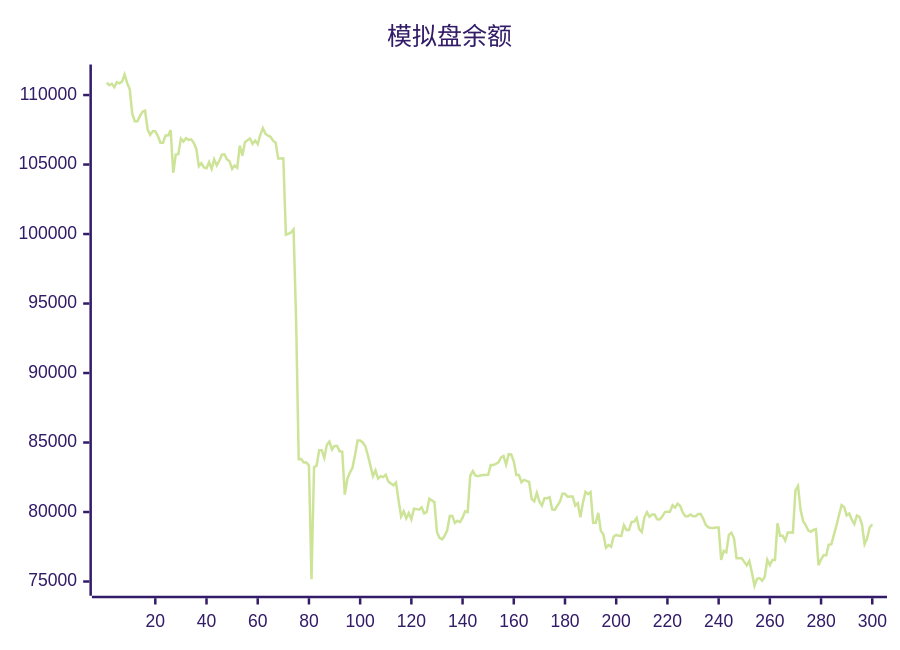
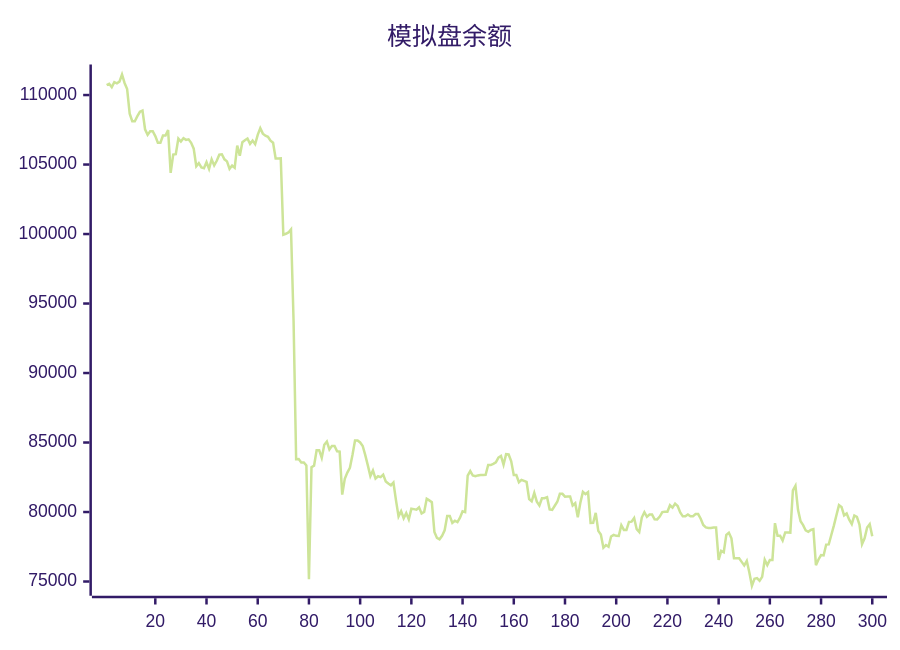
The diagram in README.md (aahl/ai-trading), drawn with Mermaid (forest theme) before and after one commit. The commit also changed other lines of this file and 1 other file, not shown here.

````diff
--- a/README.md
+++ b/README.md
@@ -5,5 +5,5 @@
 ```mermaid
 xychart
     title "模拟盘余额"
-    line [110890,110712,110812,110569,110929,110847,110968,111478,110870,110433,108661,108116,108115,108485,108797,108877,107536,107134,107393,107393,107046,106565,106565,107081,107081,107478,104404,105715,105749,106866,106651,106889,106771,106816,106565,106141,104876,105103,104796,104734,105169,104690,105380,104941,105272,105709,105739,105374,105227,104691,104924,104762,106364,105628,106608,106748,106872,106485,106721,106468,107132,107620,107224,107080,107001,106717,106567,105431,105431,105440,99950,100017,100113,100337,93749,83795,83807,83567,83567,83342,75168,83222,83336,84448,84449,83896,84839,85065,84499,84757,84757,84364,84347,81254,82385,82835,83184,84099,85150,85150,85002,84751,84096,83356,82582,82983,82404,82572,82512,82688,82200,82047,81920,82125,80840,79688,80060,79552,79920,79470,80236,80208,80170,80336,79894,80006,80954,80837,80712,78561,78139,78037,78293,78682,79720,79720,79214,79372,79279,79591,80046,79993,82625,82950,82626,82571,82633,82670,82670,82681,83386,83378,83464,83579,83920,84037,83402,84160,84142,83652,82655,82655,82145,82315,82243,82163,80934,80770,81371,80742,80468,80989,80989,81067,80191,80155,80450,80737,81309,81309,81106,81119,81119,80471,80631,79624,80670,81448,81290,81429,79212,79222,79940,78643,78380,77432,77623,77504,78235,78358,78284,78277,79048,78714,78714,79290,79308,79567,78763,78563,79603,79988,79652,79813,79813,79476,79469,79673,79995,80015,80015,80486,80314,80600,80436,79966,79689,79689,79819,79692,79692,79850,79850,79518,79071,78889,78850,78850,78878,78878,76554,77202,77103,78357,78510,78106,76678,76677,76672,76411,76159,76485,75656,74695,75197,75246,75052,75334,76564,76179,76553,76551,79196,78300,78300,77944,78531,78531,78521,81564,81884,80160,79335,79055,78675,78580,78708,78764,76179,76586,76902,76876,77658,77669,78346,79023,79769,80497,80366,79761,79896,79448,79126,79749,79658,79097,77695,78114,78888,79126]
+    line [110712,110812,110569,110929,110847,110968,111478,110870,110433,108661,108116,108115,108485,108797,108877,107536,107134,107393,107393,107046,106565,106565,107081,107081,107478,104404,105715,105749,106866,106651,106889,106771,106816,106565,106141,104876,105103,104796,104734,105169,104690,105380,104941,105272,105709,105739,105374,105227,104691,104924,104762,106364,105628,106608,106748,106872,106485,106721,106468,107132,107620,107224,107080,107001,106717,106567,105431,105431,105440,99950,100017,100113,100337,93749,83795,83807,83567,83567,83342,75168,83222,83336,84448,84449,83896,84839,85065,84499,84757,84757,84364,84347,81254,82385,82835,83184,84099,85150,85150,85002,84751,84096,83356,82582,82983,82404,82572,82512,82688,82200,82047,81920,82125,80840,79688,80060,79552,79920,79470,80236,80208,80170,80336,79894,80006,80954,80837,80712,78561,78139,78037,78293,78682,79720,79720,79214,79372,79279,79591,80046,79993,82625,82950,82626,82571,82633,82670,82670,82681,83386,83378,83464,83579,83920,84037,83402,84160,84142,83652,82655,82655,82145,82315,82243,82163,80934,80770,81371,80742,80468,80989,80989,81067,80191,80155,80450,80737,81309,81309,81106,81119,81119,80471,80631,79624,80670,81448,81290,81429,79212,79222,79940,78643,78380,77432,77623,77504,78235,78358,78284,78277,79048,78714,78714,79290,79308,79567,78763,78563,79603,79988,79652,79813,79813,79476,79469,79673,79995,80015,80015,80486,80314,80600,80436,79966,79689,79689,79819,79692,79692,79850,79850,79518,79071,78889,78850,78850,78878,78878,76554,77202,77103,78357,78510,78106,76678,76677,76672,76411,76159,76485,75656,74695,75197,75246,75052,75334,76564,76179,76553,76551,79196,78300,78300,77944,78531,78531,78521,81564,81884,80160,79335,79055,78675,78580,78708,78764,76179,76586,76902,76876,77658,77669,78346,79023,79769,80497,80366,79761,79896,79448,79126,79749,79658,79097,77695,78114,78888,79126,78249]
 ```
````
